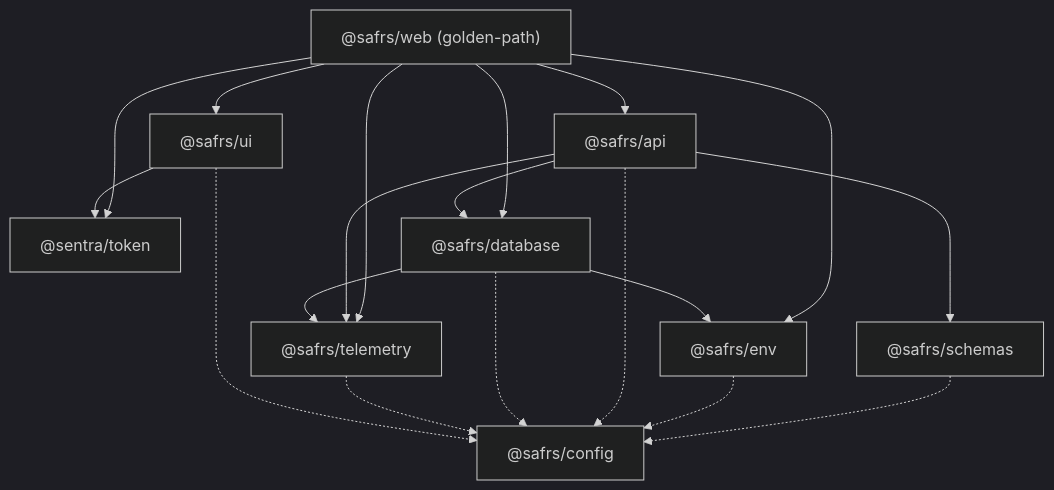
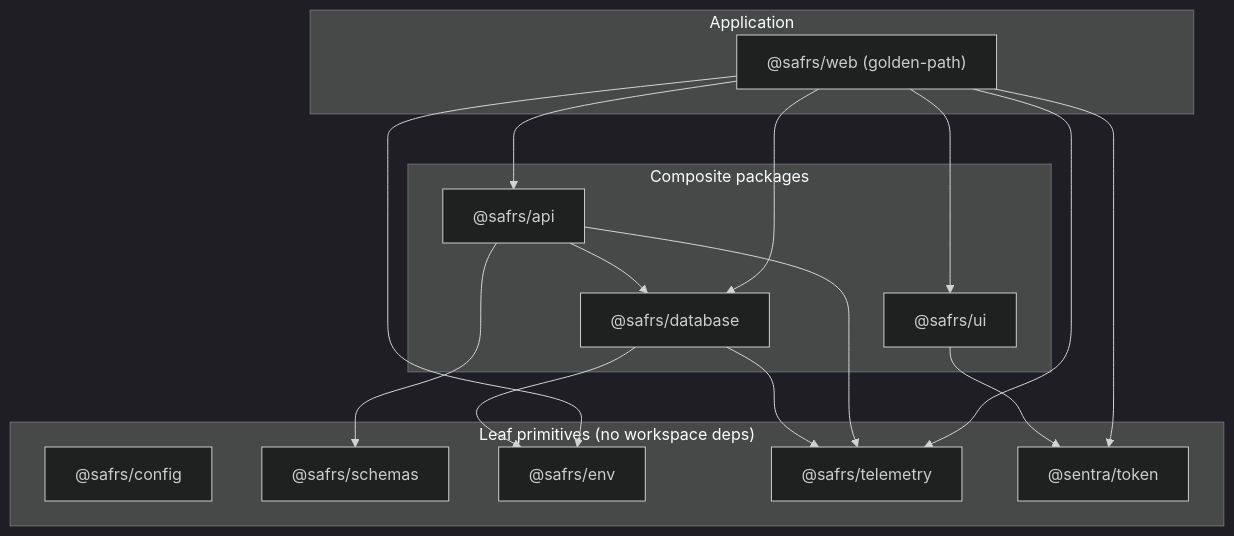
One commit to drferdii/Monorepo-safrs changed the first of 2 diagrams in sentrawiki/packages/index.md. Above: the diagram before and after it, drawn with Mermaid (dark theme). The commit also changed other lines of this file and 34 other files, not shown here.

````diff
--- a/sentrawiki/packages/index.md
+++ b/sentrawiki/packages/index.md
@@ -35,32 +24,30 @@
 ```mermaid
 graph TD
-    token["@sentra/token"]
-    config["@safrs/config"]
-    schemas["@safrs/schemas"]
-    env["@safrs/env"]
-    database["@safrs/database"]
-    api["@safrs/api"]
-    telemetry["@safrs/telemetry"]
-    ui["@safrs/ui"]
-    web["@safrs/web (golden-path)"]
-
-    web --> api
-    web --> database
-    web --> env
-    web --> ui
-    web --> token
-    web --> telemetry
-    api --> schemas
-    api --> database
-    api --> telemetry
-    database --> env
-    database --> telemetry
-    ui --> token
-
-    schemas -.-> config
-    env -.-> config
-    api -.-> config
-    database -.-> config
-    telemetry -.-> config
-    ui -.-> config
+    subgraph leaf["Leaf primitives (no workspace deps)"]
+        CONFIG["@safrs/config"]
+        SCHEMAS["@safrs/schemas"]
+        ENV["@safrs/env"]
+        TELE["@safrs/telemetry"]
+        TOKEN["@sentra/token"]
+    end
+    subgraph composite["Composite packages"]
+        DB["@safrs/database"]
+        UI["@safrs/ui"]
+        API["@safrs/api"]
+    end
+    DB --> ENV
+    DB --> TELE
+    UI --> TOKEN
+    API --> DB
+    API --> SCHEMAS
+    API --> TELE
+    subgraph app["Application"]
+        WEB["@safrs/web (golden-path)"]
+    end
+    WEB --> API
+    WEB --> DB
+    WEB --> ENV
+    WEB --> TELE
+    WEB --> UI
+    WEB --> TOKEN
 ```
````
